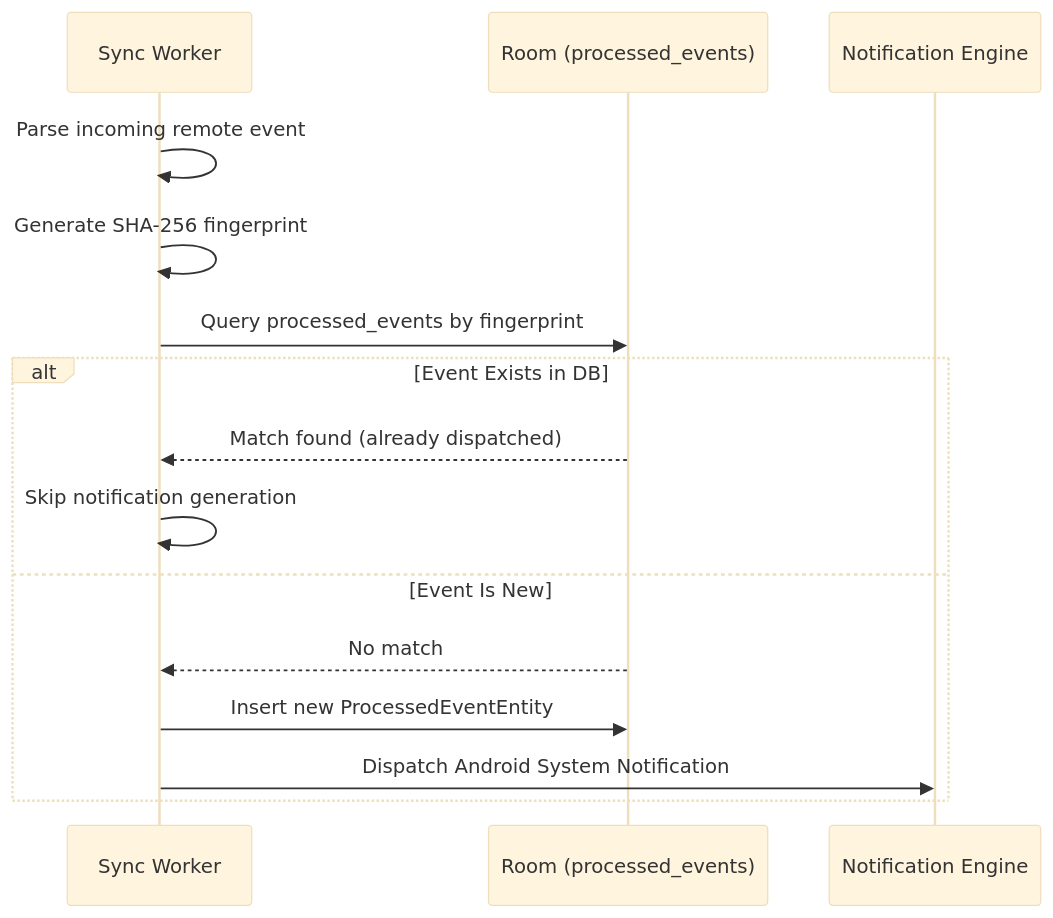
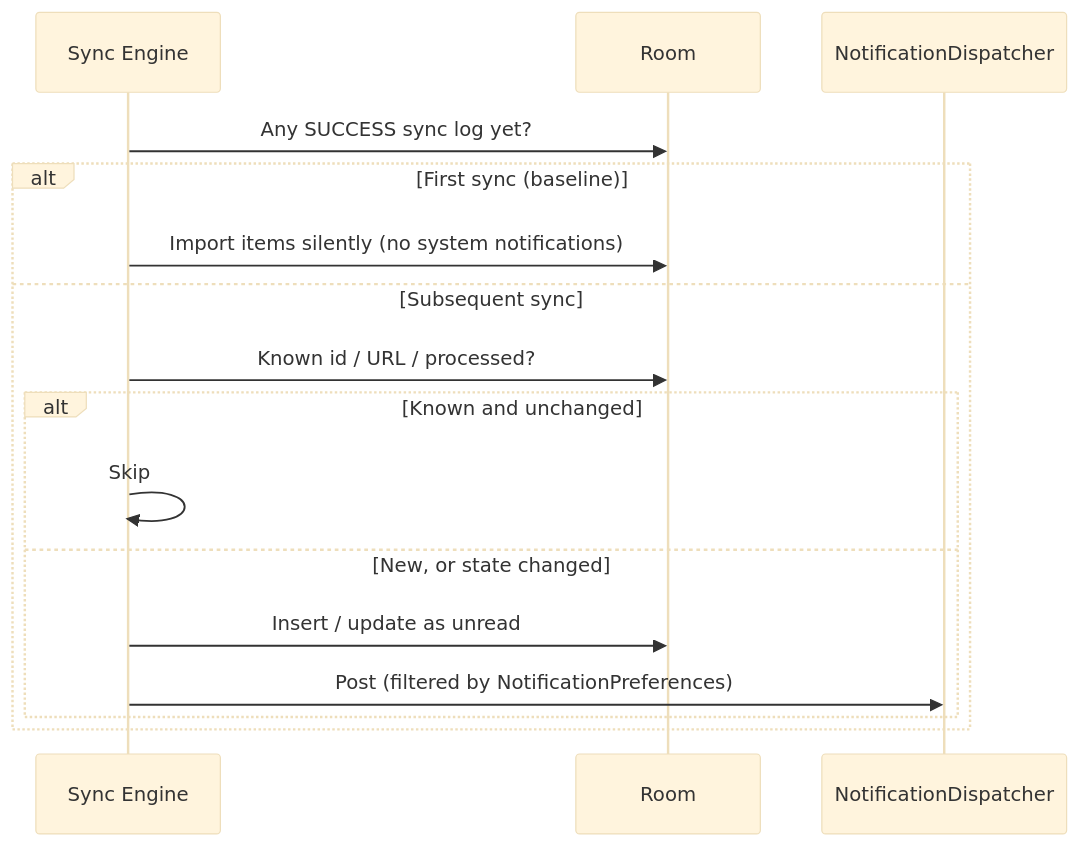
The diagram in docs/sync-and-rate-limiting.md (gininaba/MadoGit), drawn with Mermaid (base theme) before and after one commit. The commit also changed other lines of this file and 37 other files, not shown here.

````diff
--- a/docs/sync-and-rate-limiting.md
+++ b/docs/sync-and-rate-limiting.md
@@ -74,18 +51,19 @@
 ```mermaid
 sequenceDiagram
-    participant Worker as Sync Worker
-    participant DB as Room (processed_events)
-    participant Notif as Notification Engine
+    participant Worker as Sync Engine
+    participant DB as Room
+    participant Notif as NotificationDispatcher
 
-    Worker->>Worker: Parse incoming remote event
-    Worker->>Worker: Generate SHA-256 fingerprint
-    Worker->>DB: Query processed_events by fingerprint
-    alt Event Exists in DB
-        DB-->>Worker: Match found (already dispatched)
-        Worker->>Worker: Skip notification generation
-    else Event Is New
-        DB-->>Worker: No match
-        Worker->>DB: Insert new ProcessedEventEntity
-        Worker->>Notif: Dispatch Android System Notification
+    Worker->>DB: Any SUCCESS sync log yet?
+    alt First sync (baseline)
+        Worker->>DB: Import items silently (no system notifications)
+    else Subsequent sync
+        Worker->>DB: Known id / URL / processed?
+        alt Known and unchanged
+            Worker->>Worker: Skip
+        else New, or state changed
+            Worker->>DB: Insert / update as unread
+            Worker->>Notif: Post (filtered by NotificationPreferences)
+        end
     end
 ```
````
